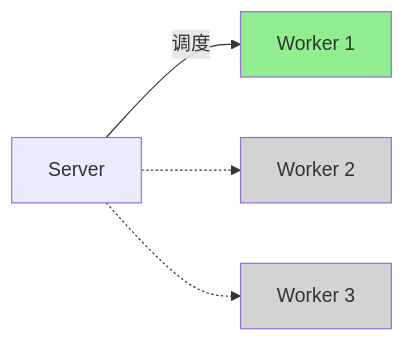
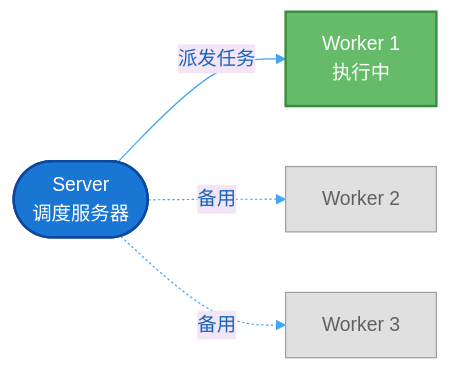
Before and after one commit to Echo009/PowerJob-Docs: the first of 6 diagrams in zh/core/execution-mode.md, drawn with Mermaid. The commit also changed other lines of this file and 7 other files, not shown here.

Commit message:
chore: 优化文档中的 mermaid 图表样式

````diff
--- a/zh/core/execution-mode.md
+++ b/zh/core/execution-mode.md
@@ -20,10 +20,12 @@
 ```mermaid
+%%{init: {'theme':'base', 'themeVariables': { 'primaryColor':'#e3f2fd', 'primaryTextColor':'#1565c0', 'primaryBorderColor':'#1976d2', 'lineColor':'#42a5f5', 'secondaryColor':'#f3e5f5', 'tertiaryColor':'#fff3e0', 'background':'#ffffff'}}}%%
 graph LR
-    Server[Server] -->|调度| W1[Worker 1]
-    Server -.-> W2[Worker 2]
-    Server -.-> W3[Worker 3]
+    Server([Server<br/>调度服务器]) -->|派发任务| W1[Worker 1<br/>执行中]
+    Server -.->|备用| W2[Worker 2]
+    Server -.->|备用| W3[Worker 3]
 
-    style W1 fill:#90EE90
-    style W2 fill:#D3D3D3
-    style W3 fill:#D3D3D3
+    style Server fill:#1976d2,stroke:#0d47a1,stroke-width:2px,color:#fff
+    style W1 fill:#66bb6a,stroke:#388e3c,stroke-width:2px,color:#fff
+    style W2 fill:#e0e0e0,stroke:#9e9e9e,stroke-width:1px,color:#616161
+    style W3 fill:#e0e0e0,stroke:#9e9e9e,stroke-width:1px,color:#616161
 ```
````
